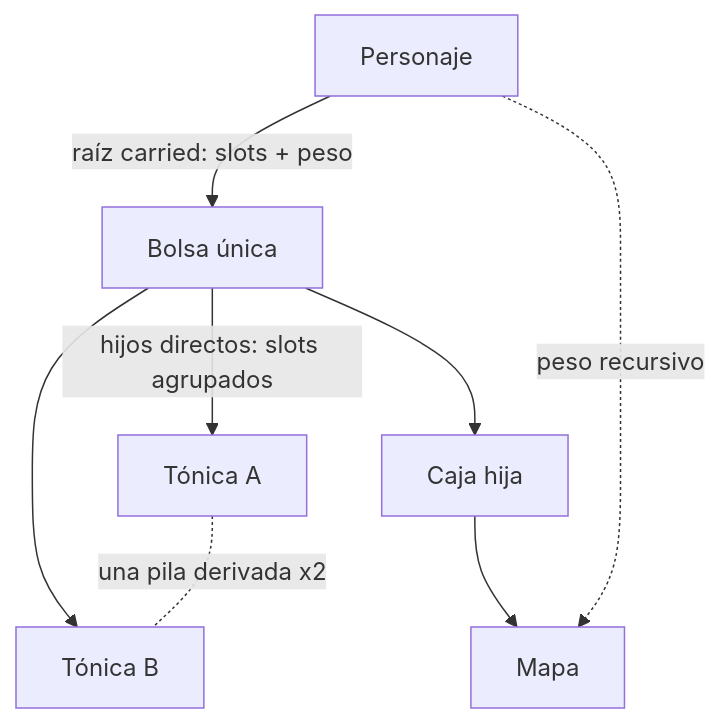
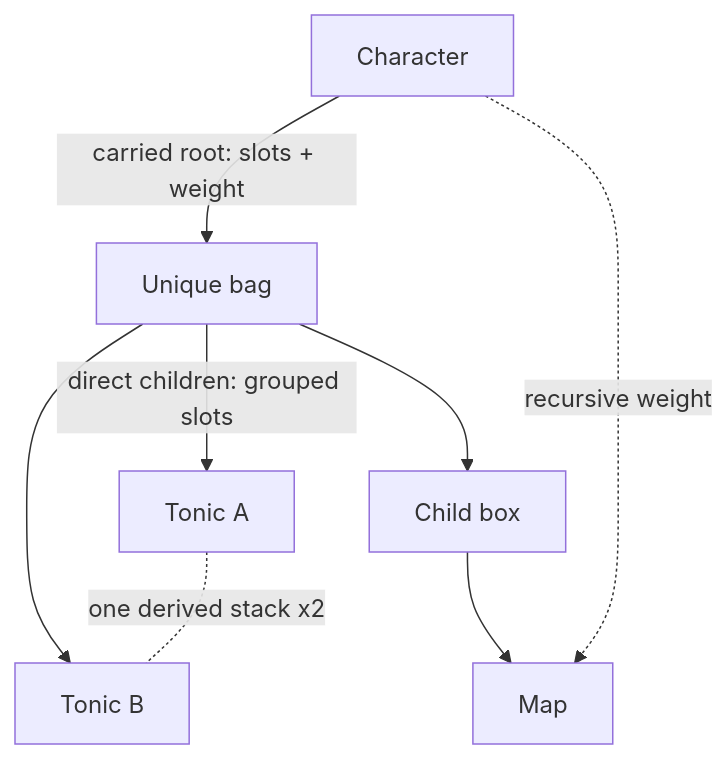
Before and after one commit to hyukudan/tiamud: the second of 2 diagrams in docs/spec-v0.3.md, drawn with Mermaid. The commit also changed other lines of this file and 11 other files, not shown here.

````diff
--- a/docs/spec-v0.3.md
+++ b/docs/spec-v0.3.md
@@ -260,10 +258,10 @@
 ```mermaid
 flowchart TD
-    Character[Personaje] -->|raíz carried: slots + peso| Bag[Bolsa única]
-    Bag -->|hijos directos: slots agrupados| PotionA[Tónica A]
-    Bag --> PotionB[Tónica B]
-    Bag --> Box[Caja hija]
-    Box --> Map[Mapa]
-    PotionA -. una pila derivada x2 .- PotionB
-    Character -. peso recursivo .-> Map
+    Character[Character] -->|carried root: slots + weight| Bag[Unique bag]
+    Bag -->|direct children: grouped slots| PotionA[Tonic A]
+    Bag --> PotionB[Tonic B]
+    Bag --> Box[Child box]
+    Box --> Map[Map]
+    PotionA -. one derived stack x2 .- PotionB
+    Character -. recursive weight .-> Map
 ```
````
